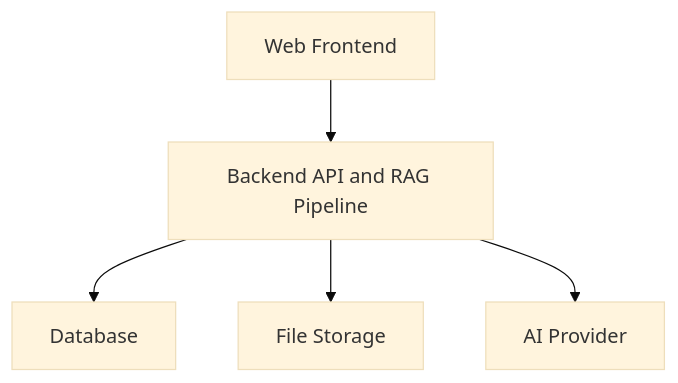
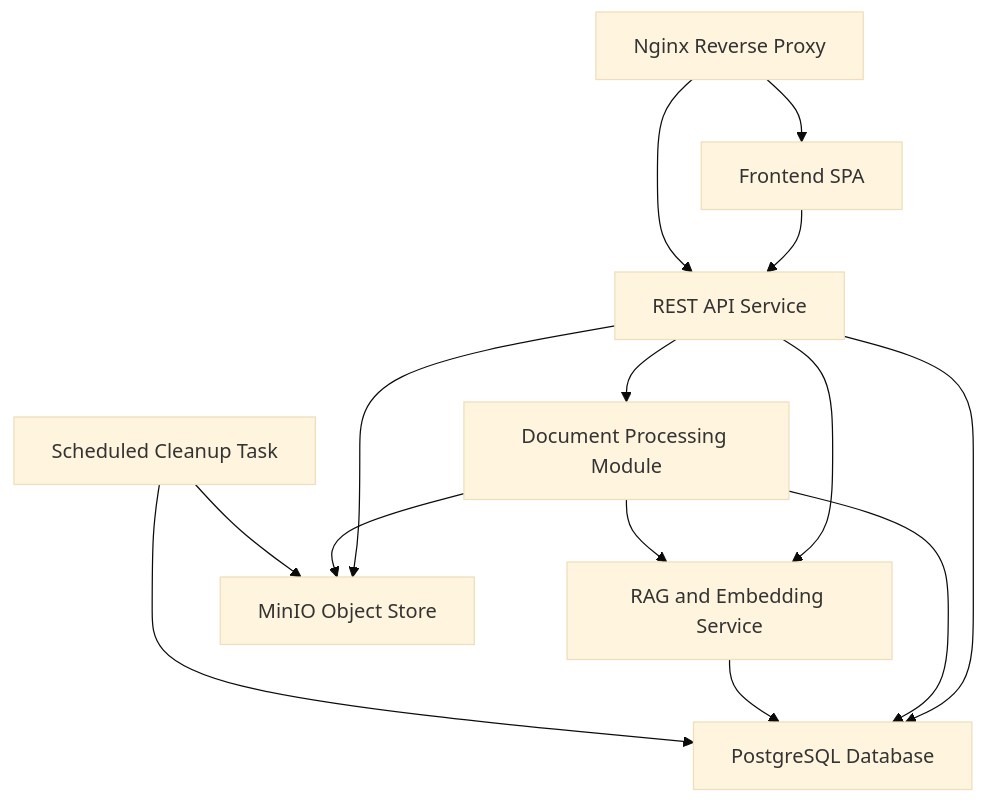
The first of 5 diagrams in docs/sdlc/architecture/README.md (keshava-qourq/simple-rag-chatbot-without-login), drawn with Mermaid (base theme) before and after one commit. The commit also changed other lines of this file and 11 other files, not shown here.

````diff
--- a/docs/sdlc/architecture/README.md
+++ b/docs/sdlc/architecture/README.md
@@ -22,12 +188,24 @@
 ```mermaid
 graph TD
-  c_fe["Web Frontend"]
-  c_api["Backend API and RAG Pipeline"]
-  c_db["Database"]
-  c_storage["File Storage"]
-  c_ai["AI Provider"]
+  c_fe["Frontend SPA"]
+  c_api["REST API Service"]
+  c_doc_proc["Document Processing Module"]
+  c_rag["RAG and Embedding Service"]
+  c_db["PostgreSQL Database"]
+  c_object_store["MinIO Object Store"]
+  c_cleanup["Scheduled Cleanup Task"]
+  c_web["Nginx Reverse Proxy"]
   c_fe --> c_api
+  c_api --> c_doc_proc
+  c_api --> c_rag
   c_api --> c_db
-  c_api --> c_storage
-  c_api --> c_ai
+  c_api --> c_object_store
+  c_doc_proc --> c_rag
+  c_doc_proc --> c_db
+  c_doc_proc --> c_object_store
+  c_rag --> c_db
+  c_cleanup --> c_db
+  c_cleanup --> c_object_store
+  c_web --> c_fe
+  c_web --> c_api
 ```
````
